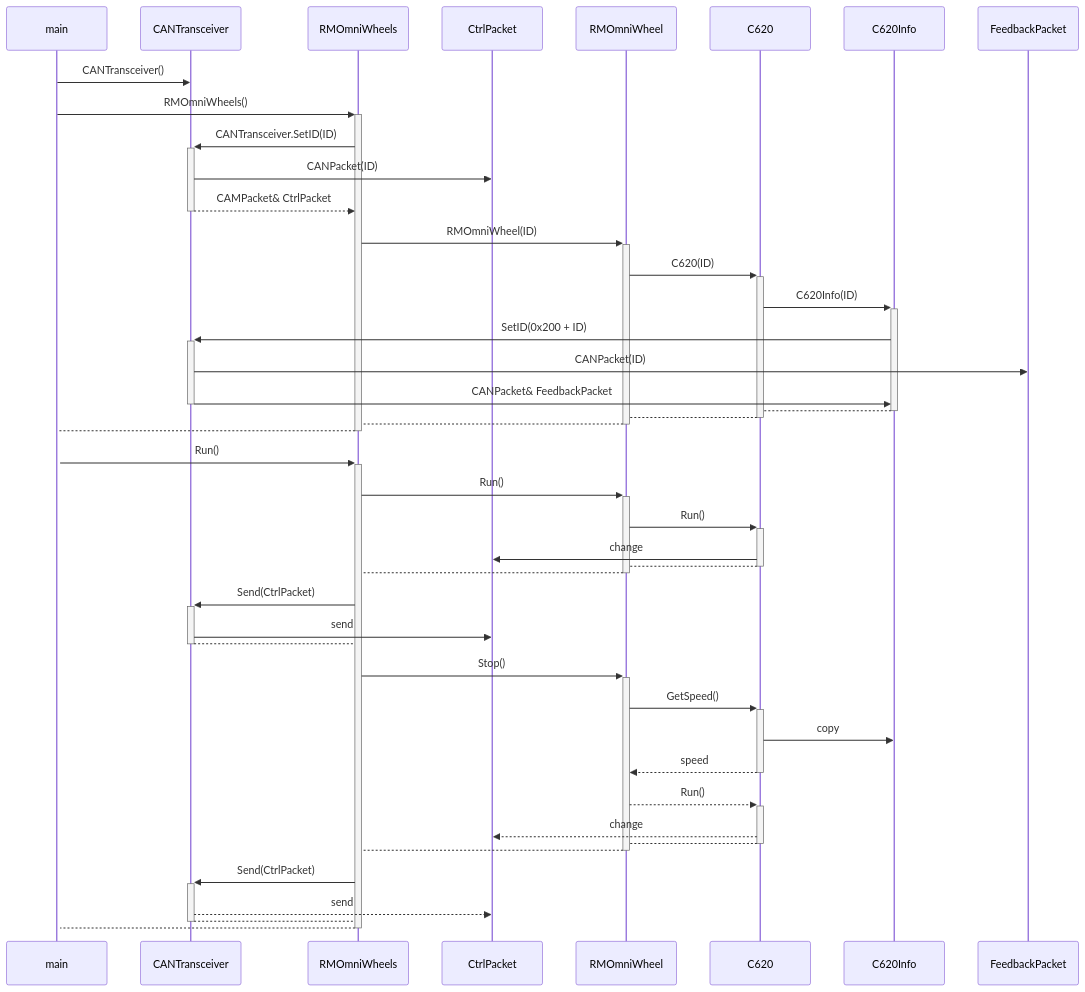
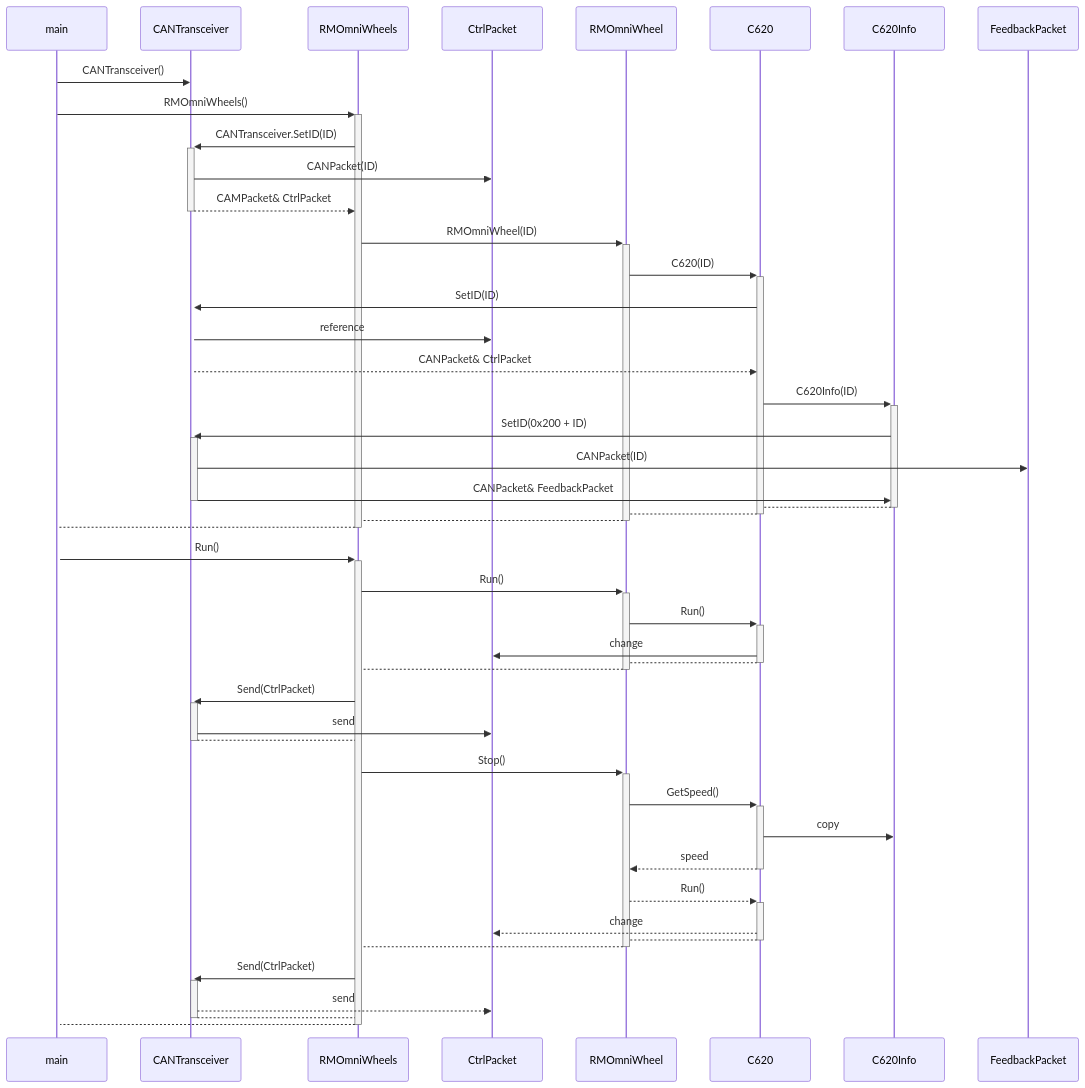
Before and after one commit to NiiRoboKen/2025B-esp-sender: the diagram in docs/sequence_diagram.md, drawn with Mermaid. The commit also changed 1 other file, not shown here.

Commit message:
docs: fix diagram

````diff
--- a/docs/sequence_diagram.md
+++ b/docs/sequence_diagram.md
@@ -1,51 +1,54 @@
 ```mermaid
 sequenceDiagram
     participant main
     participant CANT as CANTransceiver
     participant RWs as RMOmniWheels
     participant CP as CtrlPacket
     participant RW as RMOmniWheel
     participant 620 as C620
     participant 620i as C620Info
     participant FP as FeedbackPacket
     
     main->>CANT: CANTransceiver()
     main->>+RWs: RMOmniWheels()
     RWs->>+CANT: CANTransceiver.SetID(ID)
     CANT->>CP: CANPacket(ID)
     CANT-->>-RWs: CAMPacket& CtrlPacket
     RWs->>+RW: RMOmniWheel(ID)
     RW->>+620: C620(ID)
+    620->>+CANT: SetID(ID)
+    CANT->>CP: reference
+    CANT-->>620: CANPacket& CtrlPacket
     620->>+620i: C620Info(ID)
     620i->>+CANT: SetID(0x200 + ID)
     CANT->>FP: CANPacket(ID)
     CANT->>-620i: CANPacket& FeedbackPacket
     620i-->-620:
     620-->-RW:
     RW-->-RWs:
     RWs-->-main:
 
     activate main
     main->>+RWs: Run()
     RWs->>+RW: Run()
     RW->>+620: Run()
     620->>CP: change
     620-->-RW:
     RW-->-RWs:
     RWs->>+CANT: Send(CtrlPacket)
     CANT->>CP: send
     CANT-->-RWs:
 
     RWs->>+RW: Stop()
     RW->>+620: GetSpeed()
     620->>620i: copy
     620-->>-RW: speed
     RW-->>+620: Run()
     620-->>CP: change
     620-->-RW:
     RW-->-RWs:
     RWs->>+CANT: Send(CtrlPacket)
     CANT-->>CP: send
     CANT-->-RWs:
     RWs-->-main:
 ```
````
